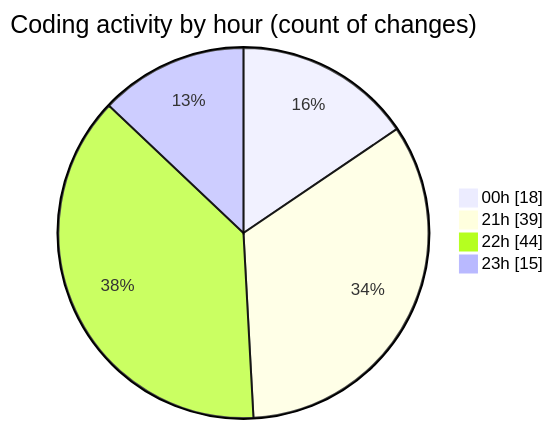
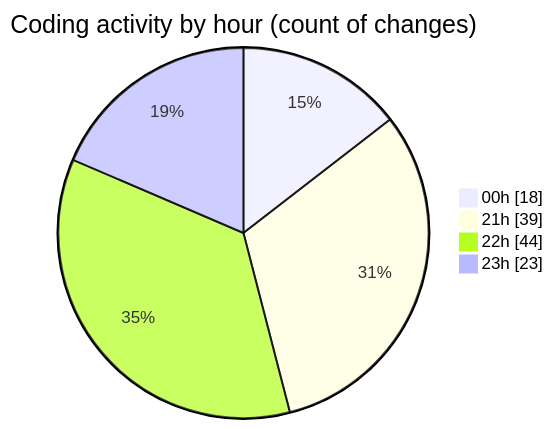
One commit to Netris89/code-tracking changed the second of 2 diagrams in 2025-04-23/echo/README.md. Above: the diagram before and after it, drawn with Mermaid. The commit also changed other lines of this file and 1 other file, not shown here.

````diff
--- a/2025-04-23/echo/README.md
+++ b/2025-04-23/echo/README.md
@@ -32,8 +32,8 @@
 ```mermaid
 pie showData
 title Coding activity by hour (count of changes)
 "00h" : 18
 "21h" : 39
 "22h" : 44
-"23h" : 15
+"23h" : 23
 ```
````
